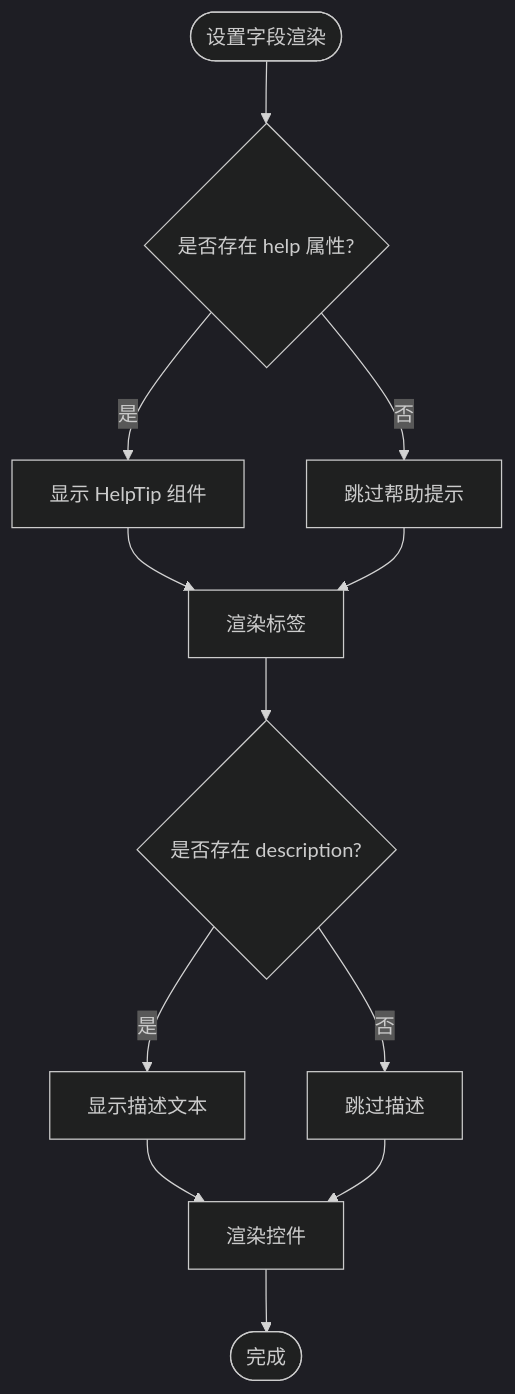
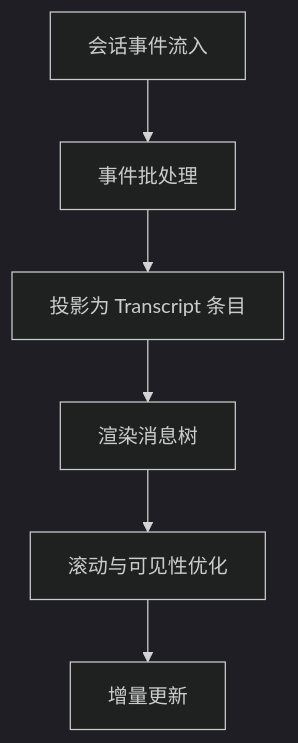
One commit to haolange/RDC-Agent changed the sixth of 10 diagrams in .qoder/repowiki/zh/content/用户界面/用户界面.md. Above: the diagram before and after it, drawn with Mermaid (dark theme). The commit also changed other lines of this file and 356 other files, not shown here.

````diff
--- a/.qoder/repowiki/zh/content/用户界面/用户界面.md
+++ b/.qoder/repowiki/zh/content/用户界面/用户界面.md
@@ -342,14 +276,8 @@
 ```mermaid
 flowchart TD
-Start(["设置字段渲染"]) --> CheckHelp{"是否存在 help 属性?"}
-CheckHelp --> |是| ShowHelpTip["显示 HelpTip 组件"]
-CheckHelp --> |否| SkipHelpTip["跳过帮助提示"]
-ShowHelpTip --> RenderLabel["渲染标签"]
-SkipHelpTip --> RenderLabel
-RenderLabel --> RenderDescription{"是否存在 description?"}
-RenderDescription --> |是| ShowDesc["显示描述文本"]
-RenderDescription --> |否| SkipDesc["跳过描述"]
-ShowDesc --> RenderControl["渲染控件"]
-SkipDesc --> RenderControl
-RenderControl --> End(["完成"])
+    Events["会话事件流入"] --> Batch["事件批处理"]
+    Batch --> Projection["投影为 Transcript 条目"]
+    Projection --> Render["渲染消息树"]
+    Render --> Scroll["滚动与可见性优化"]
+    Scroll --> Update["增量更新"]
 ```
````
